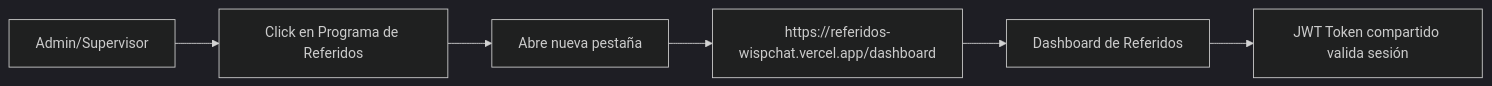
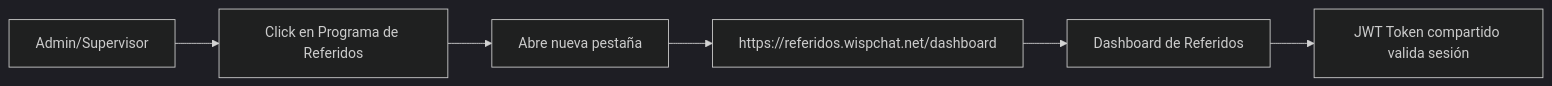
One commit to networkerpro20-oss/wispchat-referral-system changed the first of 2 diagrams in INTEGRACION_WISPCHAT.md. Above: the diagram before and after it, drawn with Mermaid (dark theme). The commit also changed other lines of this file and 8 other files, not shown here.

First line of the commit message:
feat: update all URLs to subdomain referidos.wispchat.net

````diff
--- a/INTEGRACION_WISPCHAT.md
+++ b/INTEGRACION_WISPCHAT.md
@@ -195,8 +195,8 @@
 ```mermaid
 graph LR
     A[Admin/Supervisor] --> B[Click en Programa de Referidos]
     B --> C[Abre nueva pestaña]
-    C --> D[https://referidos-wispchat.vercel.app/dashboard]
+    C --> D[https://referidos.wispchat.net/dashboard]
     D --> E[Dashboard de Referidos]
     E --> F[JWT Token compartido valida sesión]
 ```
````
